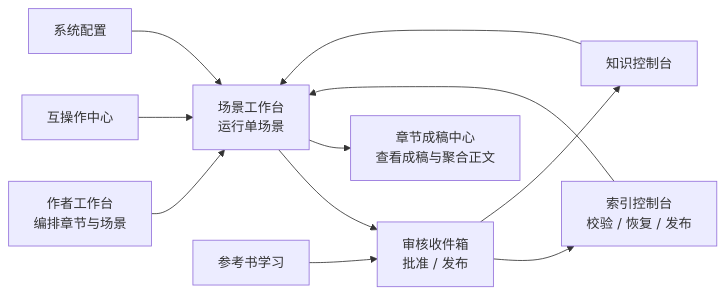
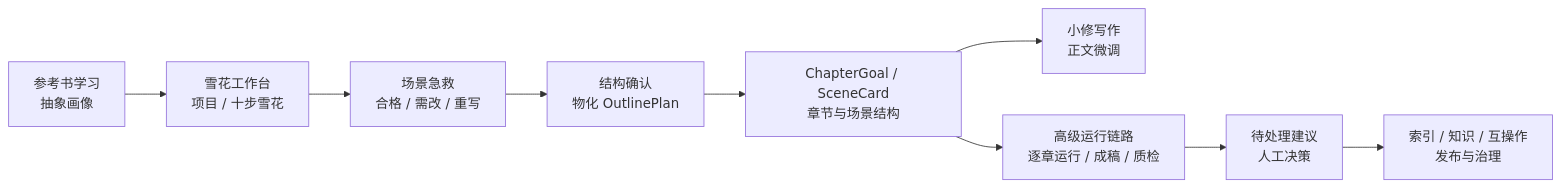
One commit to cocododo-dv/xiaoshuo changed the first of 4 diagrams in docs/operator-manual.md. Above: the diagram before and after it, drawn with Mermaid. The commit also changed other lines of this file and 175 other files, not shown here.

````diff
--- a/docs/operator-manual.md
+++ b/docs/operator-manual.md
@@ -19,13 +19,11 @@
 ```mermaid
 flowchart LR
-    A["作者工作台<br/>编排章节与场景"] --> B["场景工作台<br/>运行单场景"]
-    B --> C["审核收件箱<br/>批准 / 发布"]
-    C --> D["索引控制台<br/>校验 / 恢复 / 发布"]
-    D --> B
-    B --> E["章节成稿中心<br/>查看成稿与聚合正文"]
-    F["参考书学习"] --> C
-    C --> G["知识控制台"]
-    G --> B
-    H["互操作中心"] --> B
-    I["系统配置"] --> B
+    A["雪花工作台<br/>项目 / 十步雪花"] --> B["场景急救<br/>合格 / 需改 / 重写"]
+    B --> C["结构确认<br/>物化 OutlinePlan"]
+    C --> D["ChapterGoal / SceneCard<br/>章节与场景结构"]
+    E["参考书学习<br/>抽象画像"] --> A
+    D --> F["小修写作<br/>正文微调"]
+    D --> G["高级运行链路<br/>逐章运行 / 成稿 / 质检"]
+    G --> H["待处理建议<br/>人工决策"]
+    H --> I["索引 / 知识 / 互操作<br/>发布与治理"]
 ```
````
